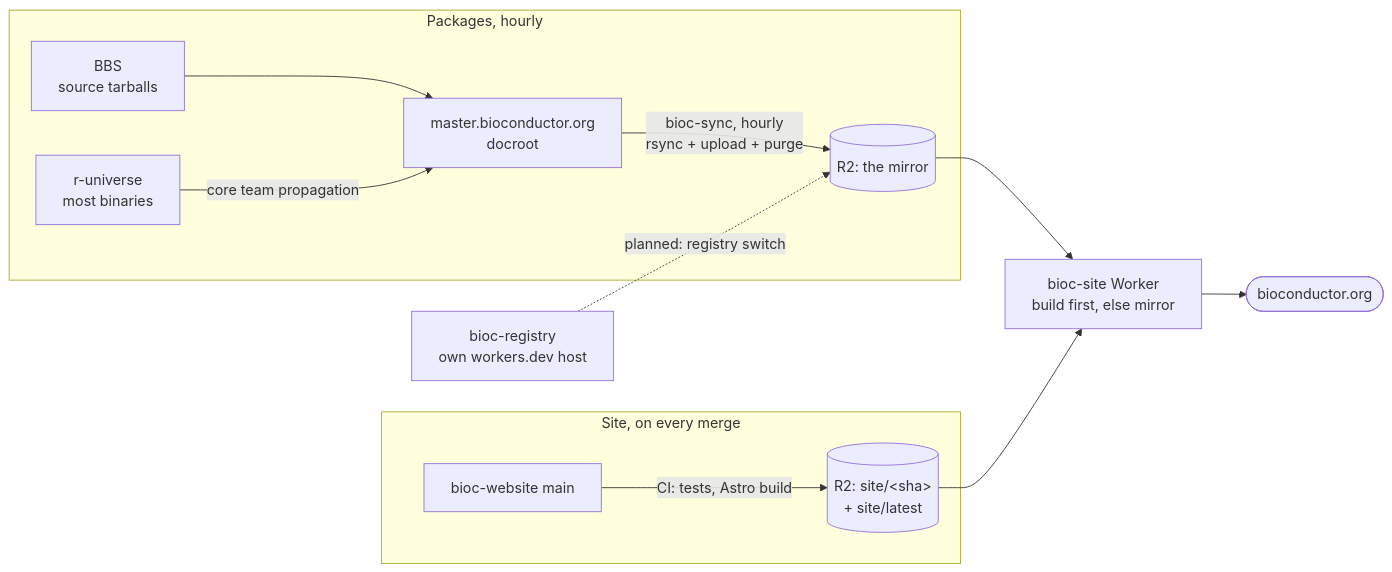
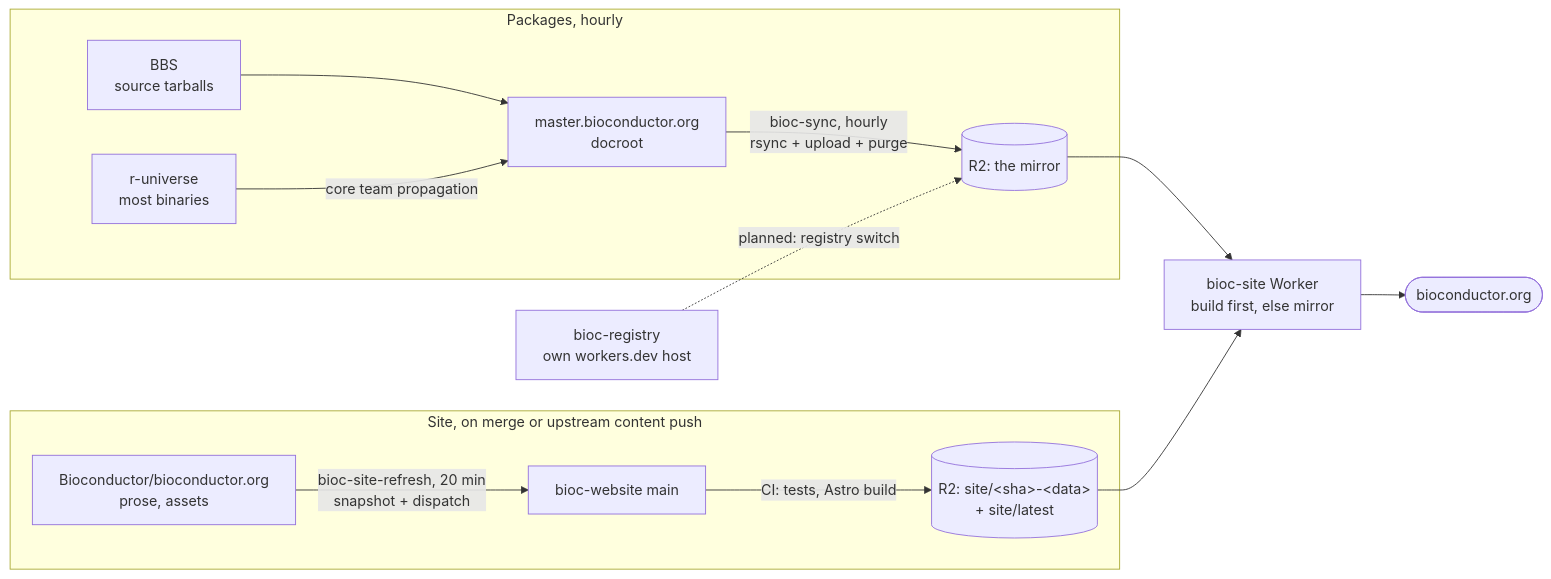
The diagram in how-it-works.qmd (seandavi/bioc-infrastructure), drawn with Mermaid before and after one commit. The commit also changed other lines of this file and 3 other files, not shown here.

First line of the commit message:
Document site content publication: auto refresh, build ids, open questions (#96)

````diff
--- a/how-it-works.qmd
+++ b/how-it-works.qmd
@@ -118,15 +118,16 @@
 ```{mermaid}
 flowchart LR
   subgraph PKG[Packages, hourly]
     BBS["BBS<br/>source tarballs"] --> M["master.bioconductor.org<br/>docroot"]
     RU["r-universe<br/>most binaries"] -- "core team propagation" --> M
     M -- "bioc-sync, hourly<br/>rsync + upload + purge" --> MIR[("R2: the mirror")]
   end
-  subgraph SITE[Site, on every merge]
-    GH["bioc-website main"] -- "CI: tests, Astro build" --> B[("R2: site/&lt;sha&gt;<br/>+ site/latest")]
+  subgraph SITE[Site, on merge or upstream content push]
+    UP["Bioconductor/bioconductor.org<br/>prose, assets"] -- "bioc-site-refresh, 20 min<br/>snapshot + dispatch" --> GH
+    GH["bioc-website main"] -- "CI: tests, Astro build" --> B[("R2: site/&lt;sha&gt;-&lt;data&gt;<br/>+ site/latest")]
   end
   MIR --> W["bioc-site Worker<br/>build first, else mirror"]
   B --> W
   W --> V(["bioconductor.org"])
   REG["bioc-registry<br/>own workers.dev host"] -. "planned: registry switch" .-> MIR
 ```
````
